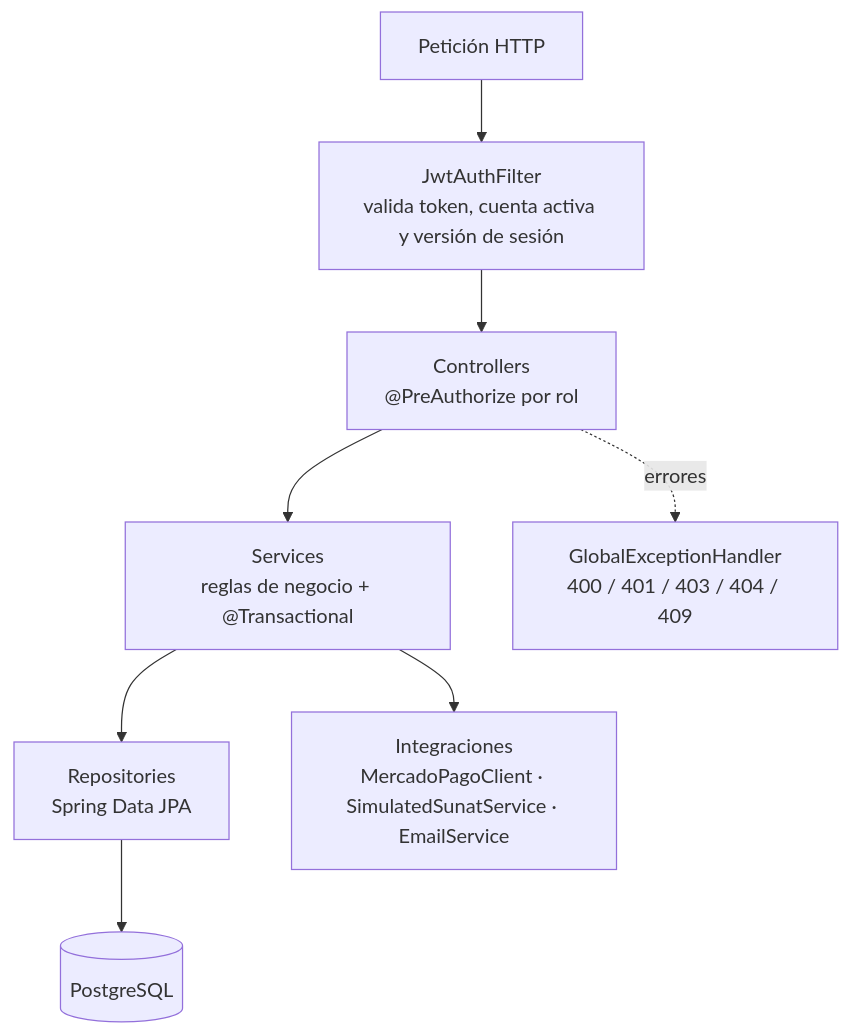
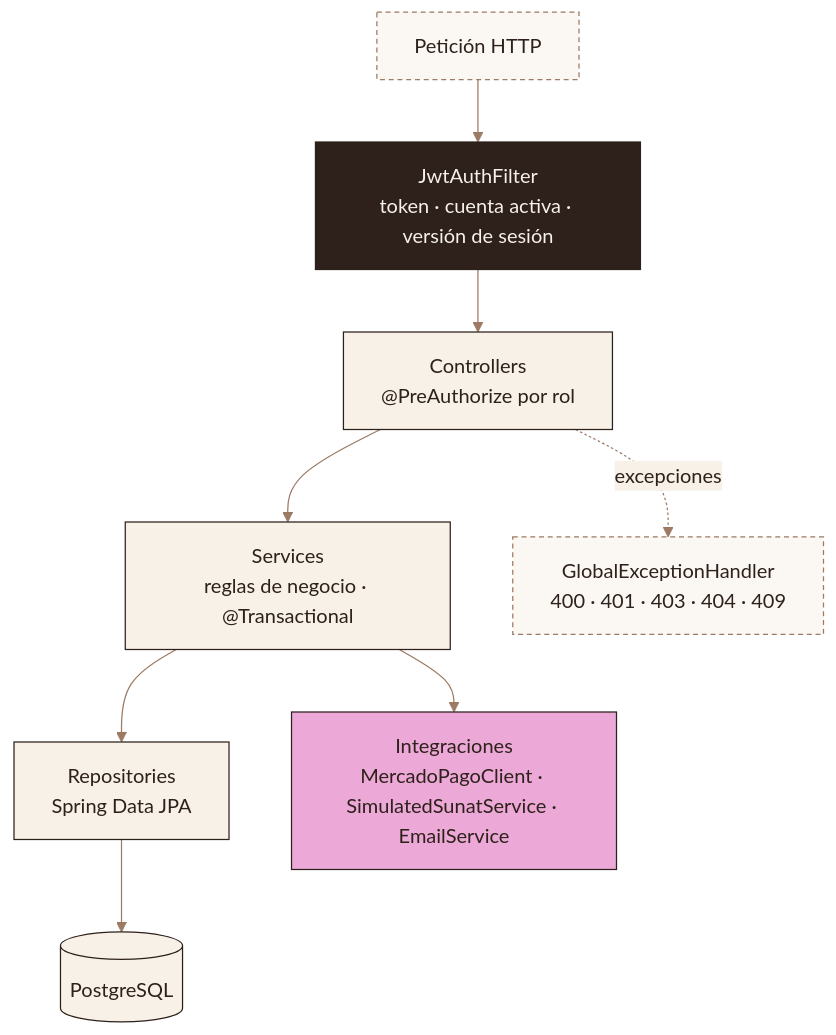
One commit to HotelGotitass/Hotel changed the second of 8 diagrams in README.md. Above: the diagram before and after it, drawn with Mermaid. The commit also changed other lines of this file, not shown here.

Commit message:
docs: rediseno del README con encabezado, tarjetas y diagramas con la paleta de marca

````diff
--- a/README.md
+++ b/README.md
@@ -36,10 +62,14 @@
 ```mermaid
+%%{init: {"theme":"base","themeVariables":{"primaryColor":"#F7F1E8","primaryTextColor":"#2E211B","primaryBorderColor":"#2E211B","lineColor":"#9C7A63","secondaryColor":"#ECA8D6","tertiaryColor":"#FBF8F3","edgeLabelBackground":"#F7F1E8","noteBkgColor":"#ECA8D6","noteTextColor":"#2E211B","noteBorderColor":"#2E211B","actorBkg":"#2E211B","actorTextColor":"#F7F1E8","actorBorder":"#2E211B","actorLineColor":"#9C7A63","signalColor":"#9C7A63","signalTextColor":"#9C7A63","labelBoxBkgColor":"#ECA8D6","labelTextColor":"#2E211B","loopTextColor":"#9C7A63","attributeBackgroundColorOdd":"#FBF8F3","attributeBackgroundColorEven":"#F7F1E8"}}}%%
 flowchart TB
-    REQ["Petición HTTP"] --> SEC["JwtAuthFilter<br/>valida token, cuenta activa y versión de sesión"]
+    REQ["Petición HTTP"]:::ext --> SEC["JwtAuthFilter<br/>token · cuenta activa · versión de sesión"]:::dark
     SEC --> CTRL["Controllers<br/>@PreAuthorize por rol"]
-    CTRL --> SRV["Services<br/>reglas de negocio + @Transactional"]
+    CTRL --> SRV["Services<br/>reglas de negocio · @Transactional"]
     SRV --> REPO["Repositories<br/>Spring Data JPA"]
-    SRV --> INT["Integraciones<br/>MercadoPagoClient · SimulatedSunatService · EmailService"]
+    SRV --> INT["Integraciones<br/>MercadoPagoClient · SimulatedSunatService · EmailService"]:::accent
     REPO --> DB[("PostgreSQL")]
-    CTRL -. "errores" .-> EX["GlobalExceptionHandler<br/>400 / 401 / 403 / 404 / 409"]
+    CTRL -.->|"excepciones"| EX["GlobalExceptionHandler<br/>400 · 401 · 403 · 404 · 409"]:::ext
+    classDef dark fill:#2E211B,stroke:#2E211B,color:#F7F1E8
+    classDef accent fill:#ECA8D6,stroke:#2E211B,color:#2E211B
+    classDef ext fill:#FBF8F3,stroke:#9C7A63,color:#2E211B,stroke-dasharray:4 3
 ```
````
